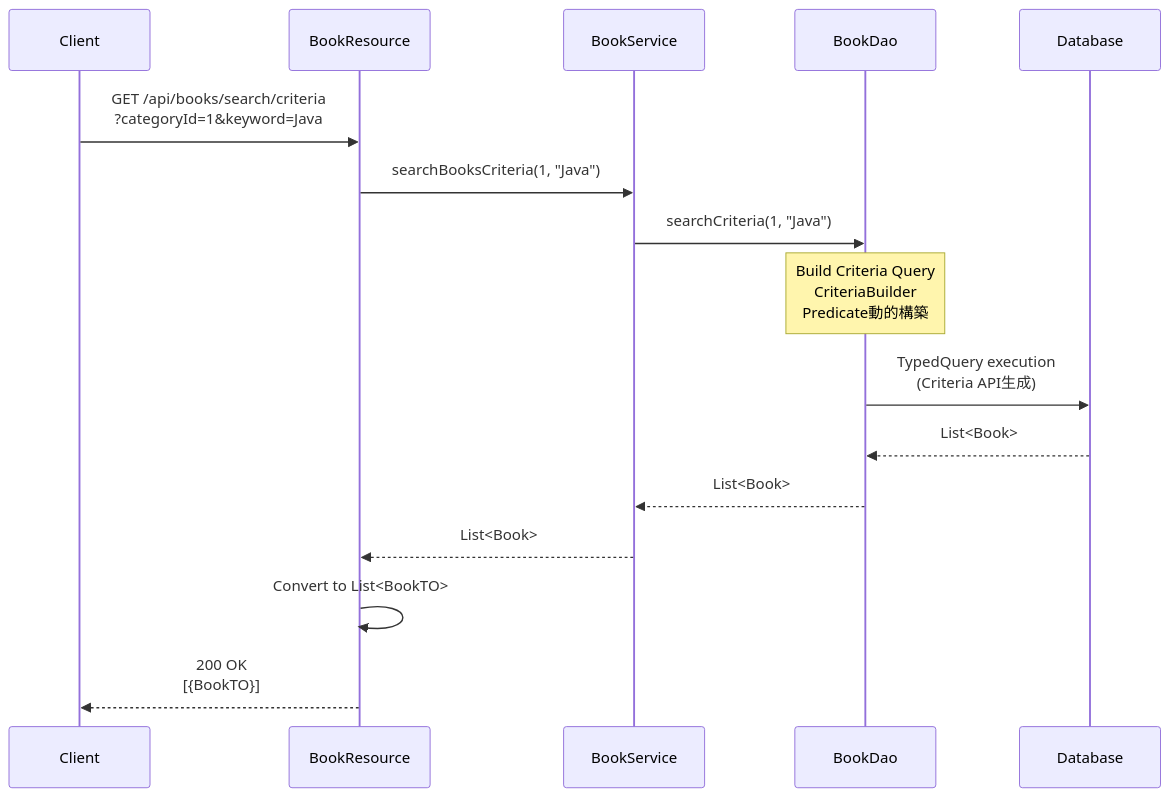
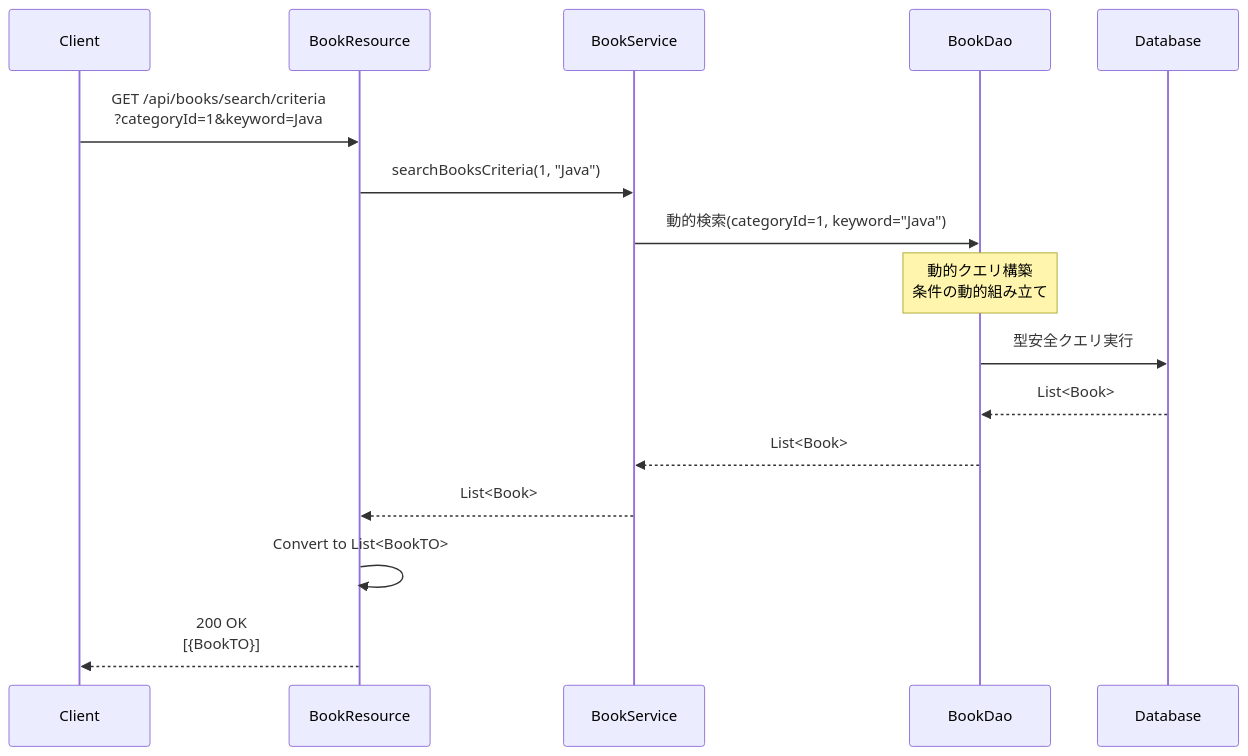
The fifth of 8 diagrams in projects/sdd/bookstore/back-office-api-sdd/specs/baseline/api/API_002_books/functional_design.md (KenyaSaitoh/ai_driven_dev_202601), drawn with Mermaid before and after one commit. The commit also changed other lines of this file and 52 other files, not shown here.

````diff
--- a/projects/sdd/bookstore/back-office-api-sdd/specs/baseline/api/API_002_books/functional_design.md
+++ b/projects/sdd/bookstore/back-office-api-sdd/specs/baseline/api/API_002_books/functional_design.md
@@ -667,21 +623,21 @@
 ```mermaid
 sequenceDiagram
     participant Client
     participant BookResource
     participant BookService
     participant BookDao
     participant Database
 
     Client->>BookResource: GET /api/books/search/criteria<br/>?categoryId=1&keyword=Java
     BookResource->>BookService: searchBooksCriteria(1, "Java")
-    BookService->>BookDao: searchCriteria(1, "Java")
+    BookService->>BookDao: 動的検索(categoryId=1, keyword="Java")
     
-    Note over BookDao: Build Criteria Query<br/>CriteriaBuilder<br/>Predicate動的構築
+    Note over BookDao: 動的クエリ構築<br/>条件の動的組み立て
     
-    BookDao->>Database: TypedQuery execution<br/>(Criteria API生成)
+    BookDao->>Database: 型安全クエリ実行
     Database-->>BookDao: List<Book>
     BookDao-->>BookService: List<Book>
     BookService-->>BookResource: List<Book>
     BookResource->>BookResource: Convert to List<BookTO>
     BookResource-->>Client: 200 OK<br/>[{BookTO}]
 ```
````
